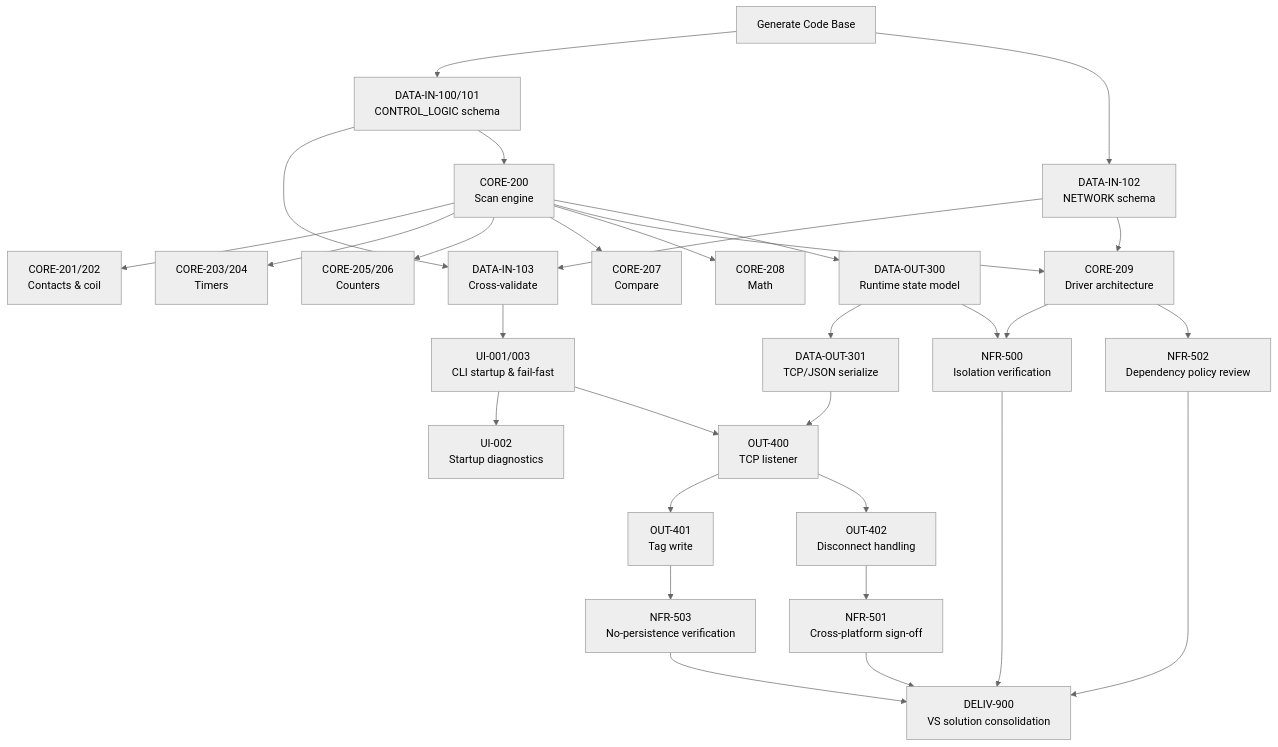
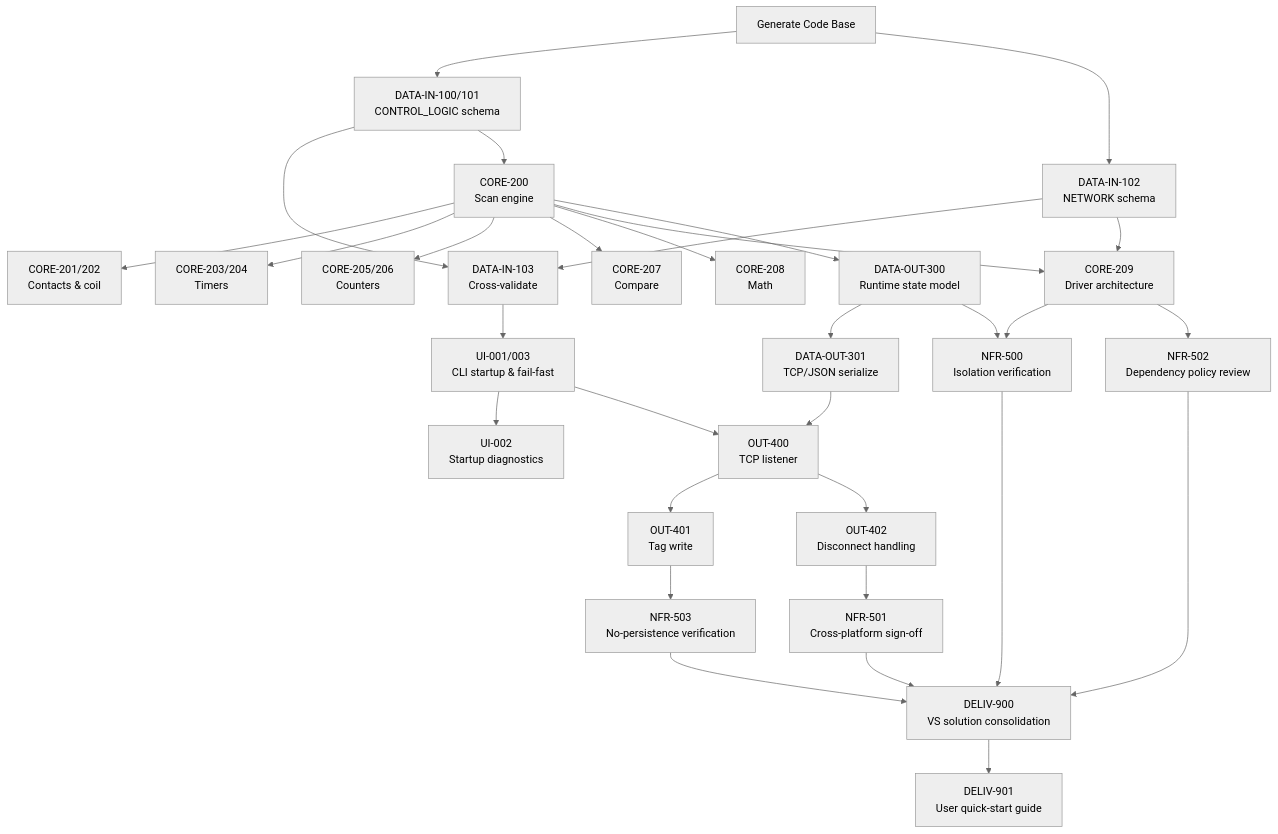
Before and after one commit to Holosim/PLC_Emulator: the diagram in docs/IMPLEMENTATION_PLAN.md, drawn with Mermaid (neutral theme). The commit also changed other lines of this file and 1 other file, not shown here.

First line of the commit message:
Add DELIV-901 (user quick-start guide) RTVM line item and sequence it

````diff
--- a/docs/IMPLEMENTATION_PLAN.md
+++ b/docs/IMPLEMENTATION_PLAN.md
@@ -85,32 +94,33 @@
 ```mermaid
 graph TD
     GCB[Generate Code Base] --> DI100["DATA-IN-100/101<br/>CONTROL_LOGIC schema"]
     GCB --> DI102["DATA-IN-102<br/>NETWORK schema"]
     DI100 --> DI103["DATA-IN-103<br/>Cross-validate"]
     DI102 --> DI103
     DI100 --> C200["CORE-200<br/>Scan engine"]
     C200 --> C201["CORE-201/202<br/>Contacts & coil"]
     C200 --> C203["CORE-203/204<br/>Timers"]
     C200 --> C205["CORE-205/206<br/>Counters"]
     C200 --> C207["CORE-207<br/>Compare"]
     C200 --> C208["CORE-208<br/>Math"]
     C200 --> C209["CORE-209<br/>Driver architecture"]
     DI102 --> C209
     DI103 --> UI001["UI-001/003<br/>CLI startup & fail-fast"]
     UI001 --> UI002["UI-002<br/>Startup diagnostics"]
     C200 --> DO300["DATA-OUT-300<br/>Runtime state model"]
     DO300 --> DO301["DATA-OUT-301<br/>TCP/JSON serialize"]
     DO301 --> OUT400["OUT-400<br/>TCP listener"]
     UI001 --> OUT400
     OUT400 --> OUT401["OUT-401<br/>Tag write"]
     OUT400 --> OUT402["OUT-402<br/>Disconnect handling"]
     C209 --> NFR500["NFR-500<br/>Isolation verification"]
     DO300 --> NFR500
     OUT402 --> NFR501["NFR-501<br/>Cross-platform sign-off"]
     C209 --> NFR502["NFR-502<br/>Dependency policy review"]
     OUT401 --> NFR503["NFR-503<br/>No-persistence verification"]
     NFR500 --> DELIV900["DELIV-900<br/>VS solution consolidation"]
     NFR501 --> DELIV900
     NFR502 --> DELIV900
     NFR503 --> DELIV900
+    DELIV900 --> DELIV901["DELIV-901<br/>User quick-start guide"]
 ```
````
